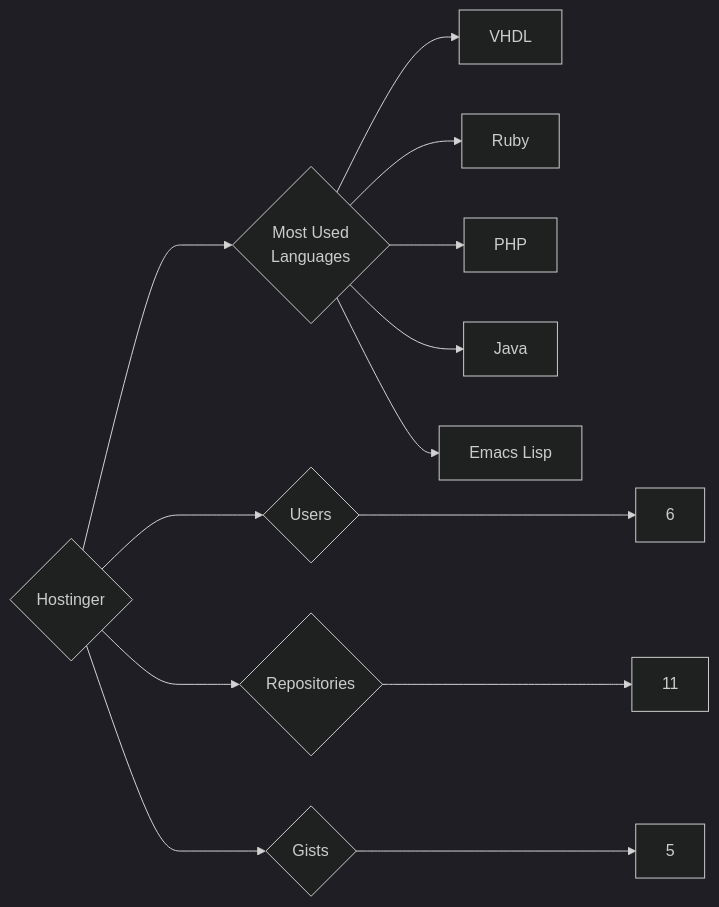
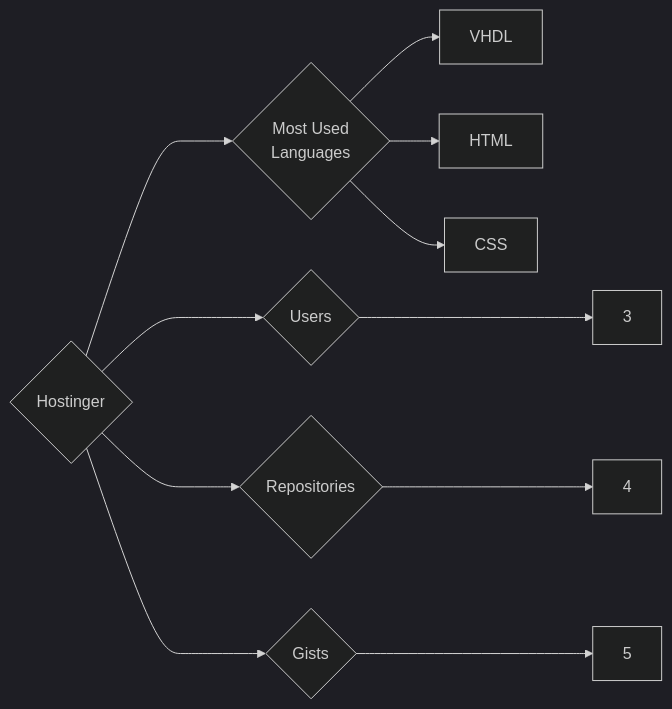
Before and after one commit to trickest/insiders: the diagram in targets/Hostinger/README.md, drawn with Mermaid (dark theme). The commit also changed 873 other files, not shown here.

````diff
--- a/targets/Hostinger/README.md
+++ b/targets/Hostinger/README.md
@@ -3,13 +3,11 @@
 ```mermaid
 graph LR
 COMPANY_NAME{Hostinger}
-COMPANY_NAME ---> U{Users} ---> UN[6]
-COMPANY_NAME ---> R{Repositories} ---> RN[11]
+COMPANY_NAME ---> U{Users} ---> UN[3]
+COMPANY_NAME ---> R{Repositories} ---> RN[4]
 COMPANY_NAME ---> G{Gists} ---> GN[5]
 COMPANY_NAME ---> ML{Most Used<br>Languages}
 ML --> VHDL[VHDL]
-ML --> Ruby[Ruby]
-ML --> PHP[PHP]
-ML --> Java[Java]
-ML --> Emacs_Lisp[Emacs Lisp]
+ML --> HTML[HTML]
+ML --> CSS[CSS]
 ```
````
